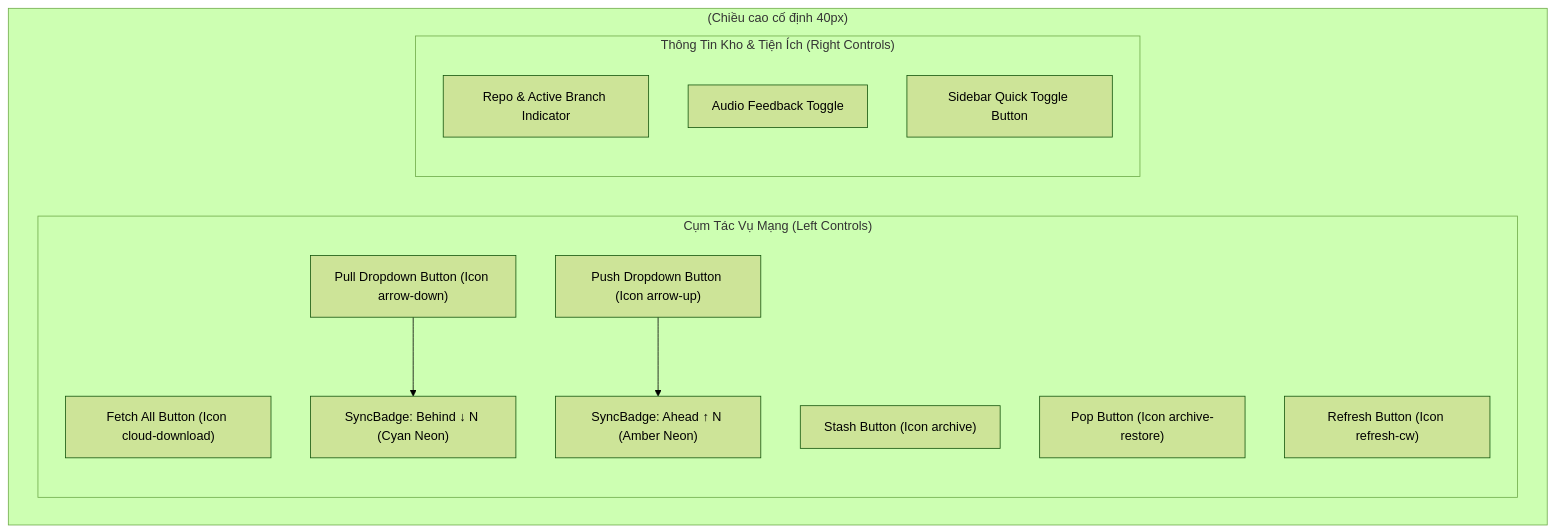
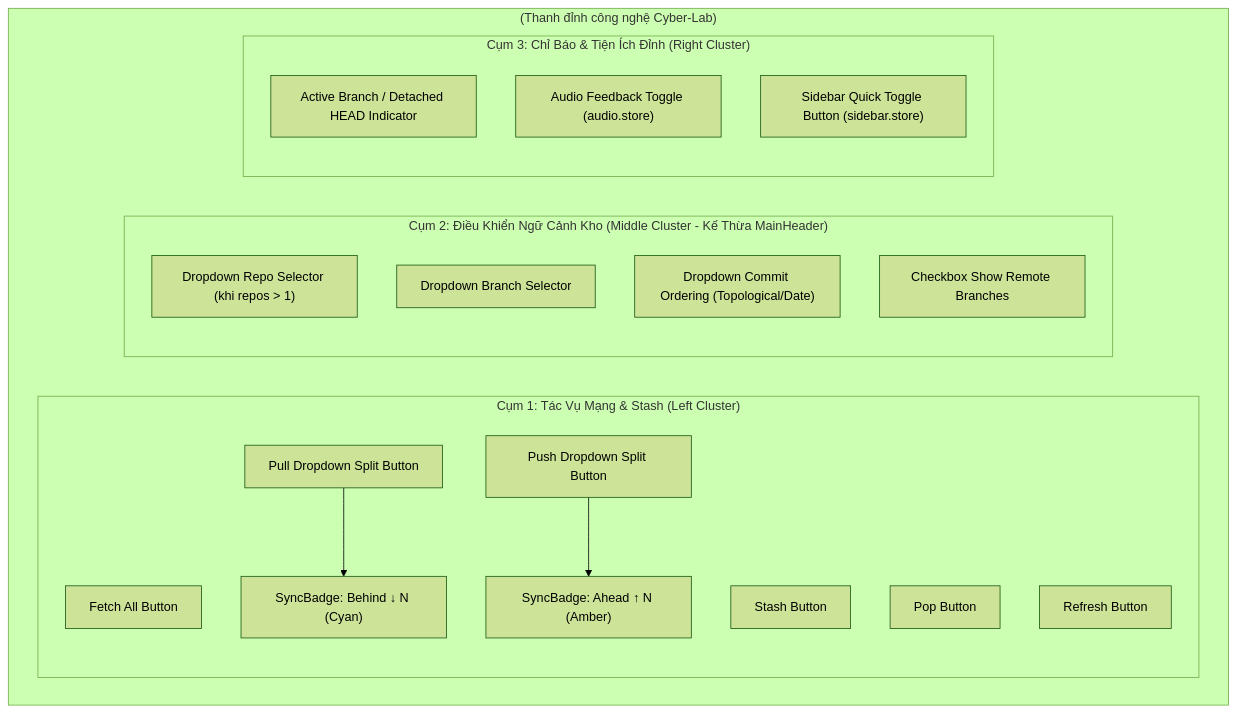
Before and after one commit to thatislg/f-gitgraph: the first of 3 diagrams in docs/02_design/phase3/06_Global_Toolbar_And_Sync_Badge_Design.md, drawn with Mermaid (forest theme). The commit also changed other lines of this file and 22 other files, not shown here.

````diff
--- a/docs/02_design/phase3/06_Global_Toolbar_And_Sync_Badge_Design.md
+++ b/docs/02_design/phase3/06_Global_Toolbar_And_Sync_Badge_Design.md
@@ -32,24 +34,31 @@
 ```mermaid
 flowchart TD
-    subgraph ToolbarContainer["<GlobalToolbar /> (Chiều cao cố định 40px)"]
-        subgraph LeftGroup["Cụm Tác Vụ Mạng (Left Controls)"]
-            BtnFetch["Fetch All Button (Icon cloud-download)"]
-            BtnPull["Pull Dropdown Button (Icon arrow-down)"]
-            BadgeBehind["SyncBadge: Behind ↓ N (Cyan Neon)"]
-            BtnPush["Push Dropdown Button (Icon arrow-up)"]
-            BadgeAhead["SyncBadge: Ahead ↑ N (Amber Neon)"]
-            BtnStash["Stash Button (Icon archive)"]
-            BtnPop["Pop Button (Icon archive-restore)"]
-            BtnRefresh["Refresh Button (Icon refresh-cw)"]
+    subgraph ToolbarContainer["<GlobalToolbar /> (Thanh đỉnh công nghệ Cyber-Lab)"]
+        subgraph LeftGroup["Cụm 1: Tác Vụ Mạng & Stash (Left Cluster)"]
+            BtnFetch["Fetch All Button"]
+            BtnPull["Pull Dropdown Split Button"]
+            BadgeBehind["SyncBadge: Behind ↓ N (Cyan)"]
+            BtnPush["Push Dropdown Split Button"]
+            BadgeAhead["SyncBadge: Ahead ↑ N (Amber)"]
+            BtnStash["Stash Button"]
+            BtnPop["Pop Button"]
+            BtnRefresh["Refresh Button"]
         end
 
-        subgraph RightGroup["Thông Tin Kho & Tiện Ích (Right Controls)"]
-            RepoIndicator["Repo & Active Branch Indicator"]
-            AudioSwitch["Audio Feedback Toggle"]
-            SidebarBtn["Sidebar Quick Toggle Button"]
+        subgraph MiddleGroup["Cụm 2: Điều Khiển Ngữ Cảnh Kho (Middle Cluster - Kế Thừa MainHeader)"]
+            RepoSelect["Dropdown Repo Selector (khi repos > 1)"]
+            BranchSelect["Dropdown Branch Selector"]
+            OrderSelect["Dropdown Commit Ordering (Topological/Date)"]
+            RemoteCheck["Checkbox Show Remote Branches"]
+        end
+
+        subgraph RightGroup["Cụm 3: Chỉ Báo & Tiện Ích Đỉnh (Right Cluster)"]
+            BranchIndicator["Active Branch / Detached HEAD Indicator"]
+            AudioSwitch["Audio Feedback Toggle (audio.store)"]
+            SidebarBtn["Sidebar Quick Toggle Button (sidebar.store)"]
         end
     end
 
     BtnPull --> BadgeBehind
     BtnPush --> BadgeAhead
 ```
````
